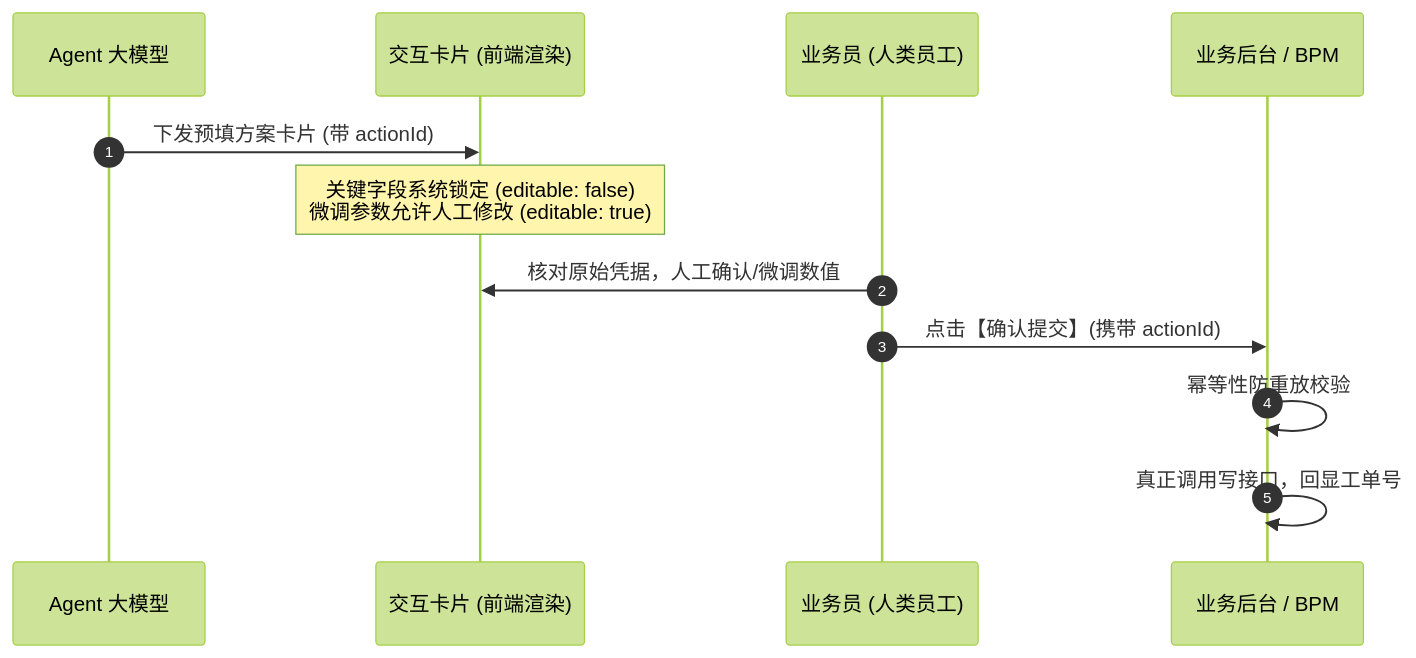
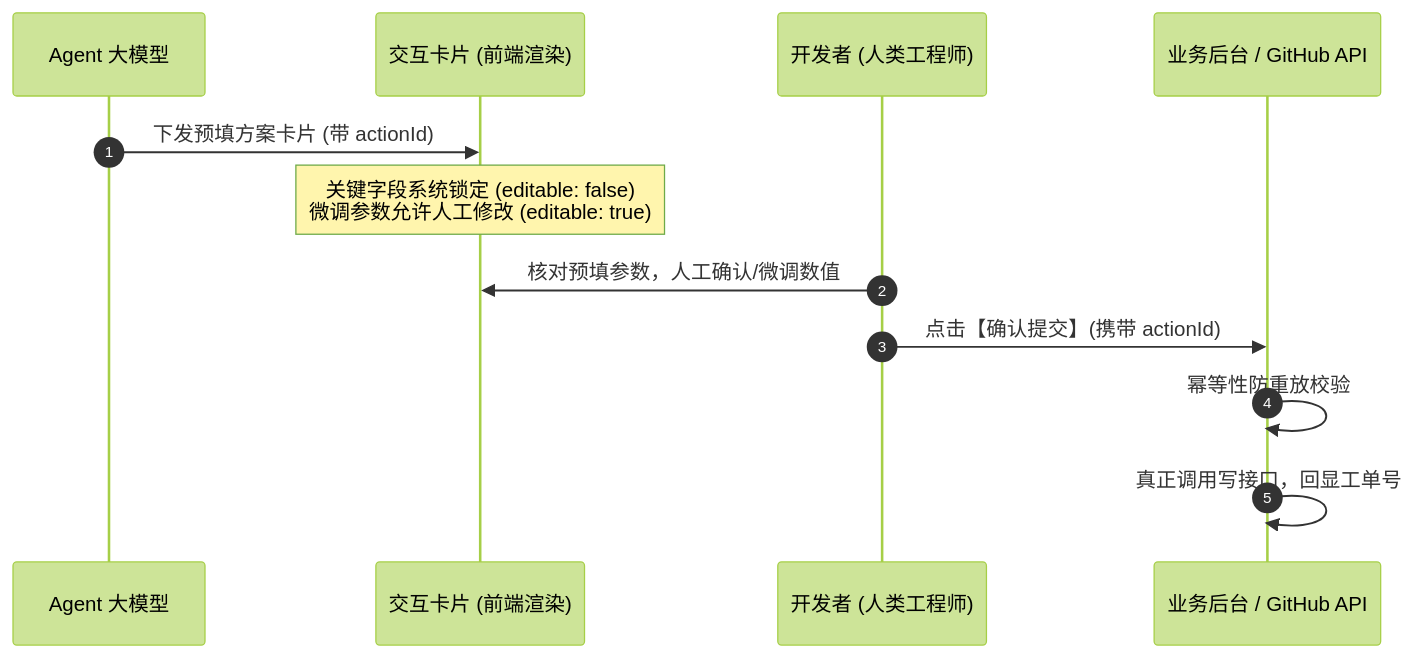
One commit to 1264585648/spring-ai-agentflow changed the second of 2 diagrams in docs/handbook/03-Human-in-the-loop防线：为什么不能让大模型直接拥有“系统写权限”？.md. Above: the diagram before and after it, drawn with Mermaid (forest theme). The commit also changed other lines of this file and 62 other files, not shown here.

Commit message:
feat: 落地多智能体注册中心(Agent Hub)、GitHub Issue协同闭环与开发者工作台换装

````diff
--- a/docs/handbook/03-Human-in-the-loop防线：为什么不能让大模型直接拥有“系统写权限”？.md
+++ b/docs/handbook/03-Human-in-the-loop防线：为什么不能让大模型直接拥有“系统写权限”？.md
@@ -28,15 +28,15 @@
 ```mermaid
 sequenceDiagram
     autonumber
     participant LLM as Agent 大模型
     participant Card as 交互卡片 (前端渲染)
-    participant User as 业务员 (人类员工)
-    participant Back as 业务后台 / BPM
+    participant User as 开发者 (人类工程师)
+    participant Back as 业务后台 / GitHub API
 
     LLM->>Card: 下发预填方案卡片 (带 actionId)
     Note over Card: 关键字段系统锁定 (editable: false)<br/>微调参数允许人工修改 (editable: true)
-    User->>Card: 核对原始凭据，人工确认/微调数值
+    User->>Card: 核对预填参数，人工确认/微调数值
     User->>Back: 点击【确认提交】(携带 actionId)
     Back->>Back: 幂等性防重放校验
     Back->>Back: 真正调用写接口，回显工单号
 ```
````
